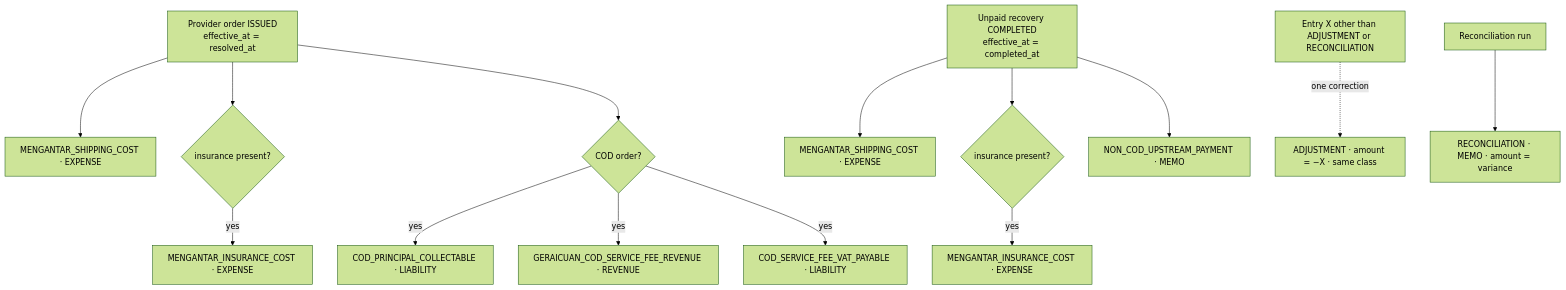
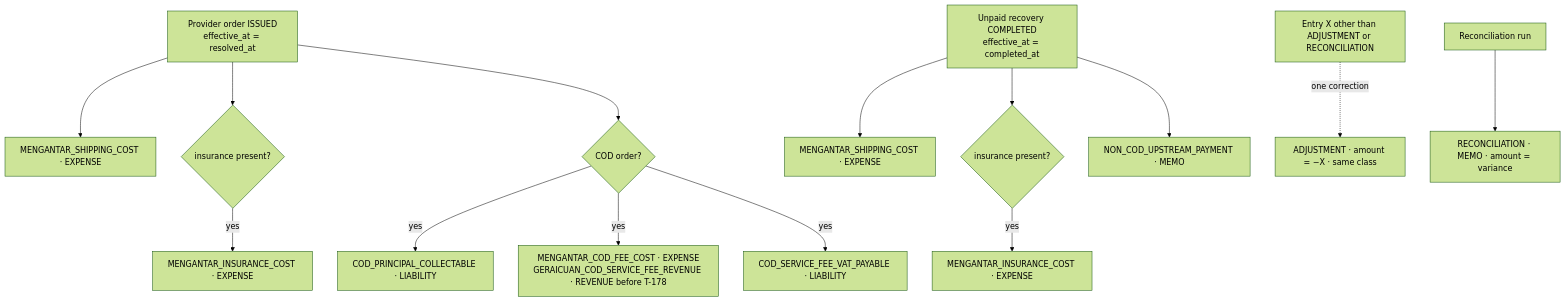
Before and after one commit to ongkipro/geraicuan: the second of 3 diagrams in docs/spec/19-METRICS-ANALYTICS-CONTRACT.md, drawn with Mermaid (forest theme). The commit also changed other lines of this file and 346 other files, not shown here.

````diff
--- a/docs/spec/19-METRICS-ANALYTICS-CONTRACT.md
+++ b/docs/spec/19-METRICS-ANALYTICS-CONTRACT.md
@@ -227,16 +314,16 @@
 ```mermaid
 flowchart TD
   ISS[Provider order ISSUED<br/>effective_at = resolved_at] --> SC[MENGANTAR_SHIPPING_COST · EXPENSE]
   ISS --> IC{insurance present?}
   IC -- yes --> INS[MENGANTAR_INSURANCE_COST · EXPENSE]
   ISS --> COD{COD order?}
   COD -- yes --> P[COD_PRINCIPAL_COLLECTABLE · LIABILITY]
-  COD -- yes --> FEE[GERAICUAN_COD_SERVICE_FEE_REVENUE · REVENUE]
+  COD -- yes --> FEE[MENGANTAR_COD_FEE_COST · EXPENSE<br/>GERAICUAN_COD_SERVICE_FEE_REVENUE · REVENUE before T-178]
   COD -- yes --> VAT[COD_SERVICE_FEE_VAT_PAYABLE · LIABILITY]
   REC[Unpaid recovery COMPLETED<br/>effective_at = completed_at] --> SC2[MENGANTAR_SHIPPING_COST · EXPENSE]
   REC --> IC2{insurance present?}
   IC2 -- yes --> INS2[MENGANTAR_INSURANCE_COST · EXPENSE]
   REC --> UP[NON_COD_UPSTREAM_PAYMENT · MEMO]
   ANY[Entry X other than ADJUSTMENT or RECONCILIATION] -. one correction .-> ADJ[ADJUSTMENT · amount = −X · same class]
   RUN[Reconciliation run] --> RM[RECONCILIATION · MEMO · amount = variance]
 ```
````
